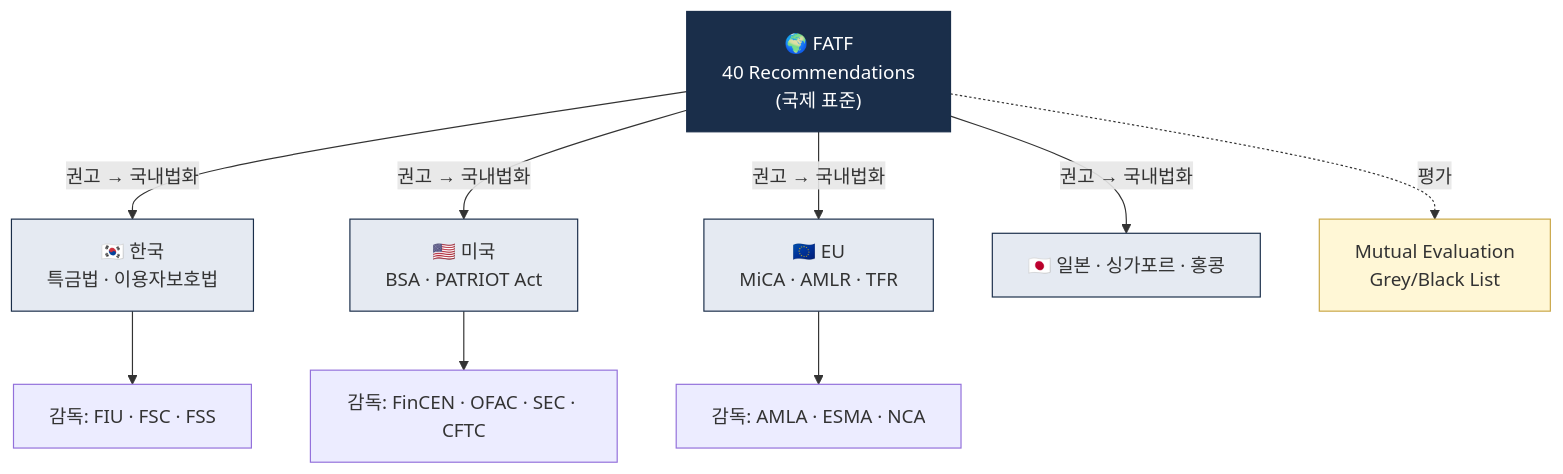
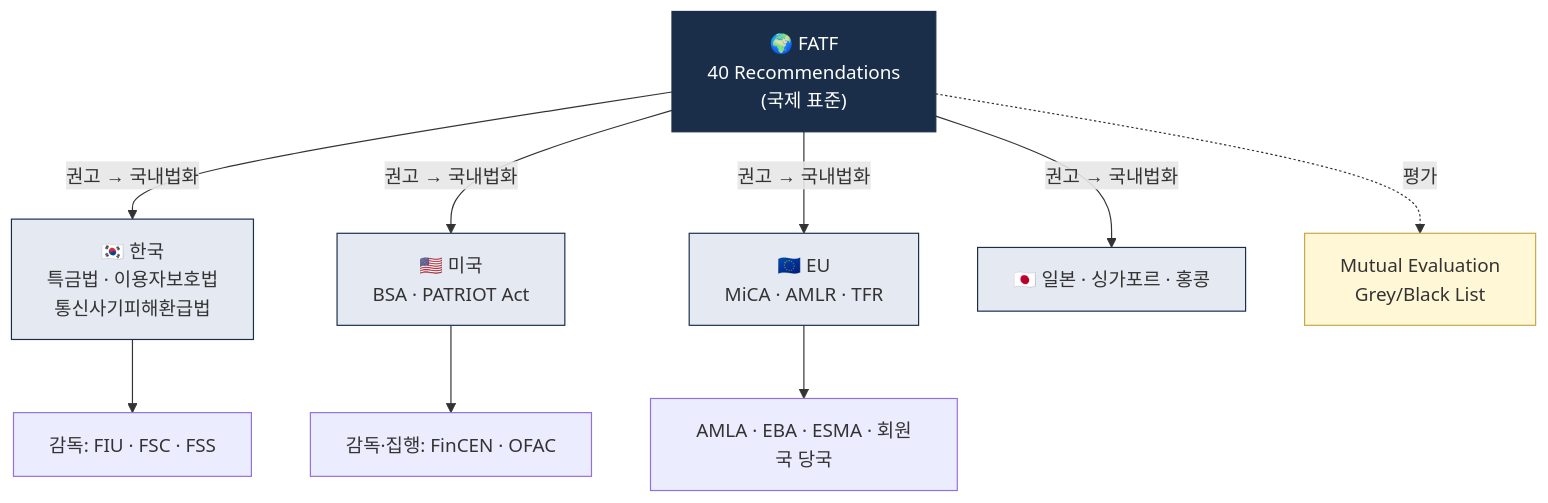
The second of 4 diagrams in notes/1-foundations/what-is-aml.md (lala-david/aml-notes), drawn with Mermaid before and after one commit. The commit also changed other lines of this file and 233 other files, not shown here.

````diff
--- a/notes/1-foundations/what-is-aml.md
+++ b/notes/1-foundations/what-is-aml.md
@@ -198,21 +199,21 @@
 ```mermaid
 flowchart TB
     F["🌍 FATF<br/>40 Recommendations<br/>(국제 표준)"]
-    F -->|권고 → 국내법화| KR["🇰🇷 한국<br/>특금법 · 이용자보호법"]
+    F -->|권고 → 국내법화| KR["🇰🇷 한국<br/>특금법 · 이용자보호법<br/>통신사기피해환급법"]
     F -->|권고 → 국내법화| US["🇺🇸 미국<br/>BSA · PATRIOT Act"]
     F -->|권고 → 국내법화| EU["🇪🇺 EU<br/>MiCA · AMLR · TFR"]
     F -->|권고 → 국내법화| JP["🇯🇵 일본 · 싱가포르 · 홍콩"]
 
     KR --> KRS["감독: FIU · FSC · FSS"]
-    US --> USS["감독: FinCEN · OFAC · SEC · CFTC"]
-    EU --> EUS["감독: AMLA · ESMA · NCA"]
+    US --> USS["감독·집행: FinCEN · OFAC"]
+    EU --> EUS["AMLA · EBA · ESMA · 회원국 당국"]
 
     F -.평가.-> ME["Mutual Evaluation<br/>Grey/Black List"]
 
     style F fill:#1a2e4a,stroke:#1a2e4a,color:#fff
     style ME fill:#fff7d6,stroke:#c9a646
     style KR fill:#e5eaf2,stroke:#1a2e4a
     style US fill:#e5eaf2,stroke:#1a2e4a
     style EU fill:#e5eaf2,stroke:#1a2e4a
     style JP fill:#e5eaf2,stroke:#1a2e4a
 ```
````
